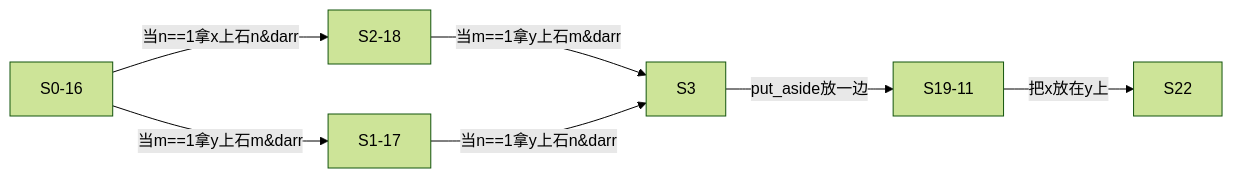
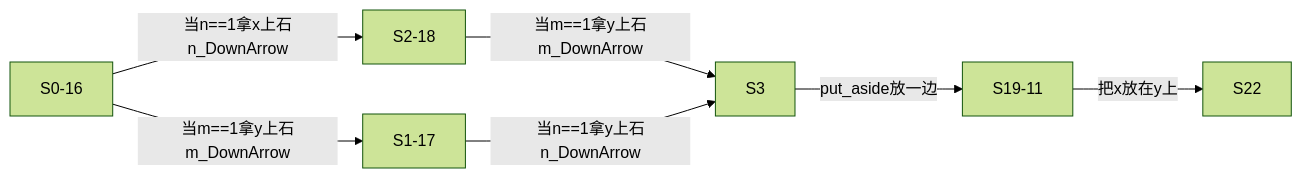
Diagram 18 of 29 in docs/SolversBaseOnPDDL/GP_Numerical/图法QNP.md (Tridu33/ZERO-Starting-AI-Planning-in-PDDL-Descripted-World), drawn with Mermaid (forest theme) before and after one commit. The commit also changed other lines of this file and 25 other files, not shown here.

````diff
--- a/docs/SolversBaseOnPDDL/GP_Numerical/图法QNP.md
+++ b/docs/SolversBaseOnPDDL/GP_Numerical/图法QNP.md
@@ -541,9 +534,9 @@
 ```mermaid
 graph LR;
-　　S0-16 -->|当n==1拿x上石n&darr| S2-18 ;
-　　S2-18 -->|当m==1拿y上石m&darr| S3;
-　　S0-16 -->|当m==1拿y上石m&darr| S1-17 ;
-　　S1-17 -->|当n==1拿y上石n&darr| S3;
+　　S0-16 -->|当n==1拿x上石n_DownArrow| S2-18 ;
+　　S2-18 -->|当m==1拿y上石m_DownArrow| S3;
+　　S0-16 -->|当m==1拿y上石m_DownArrow| S1-17 ;
+　　S1-17 -->|当n==1拿y上石n_DownArrow| S3;
 　　S3 -->|put_aside放一边| S19-11;
 　　S19-11 -->|把x放在y上| S22;
 ```
````
